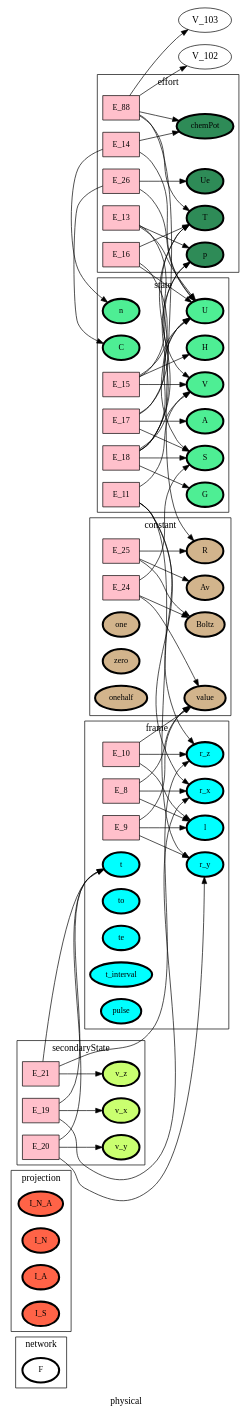
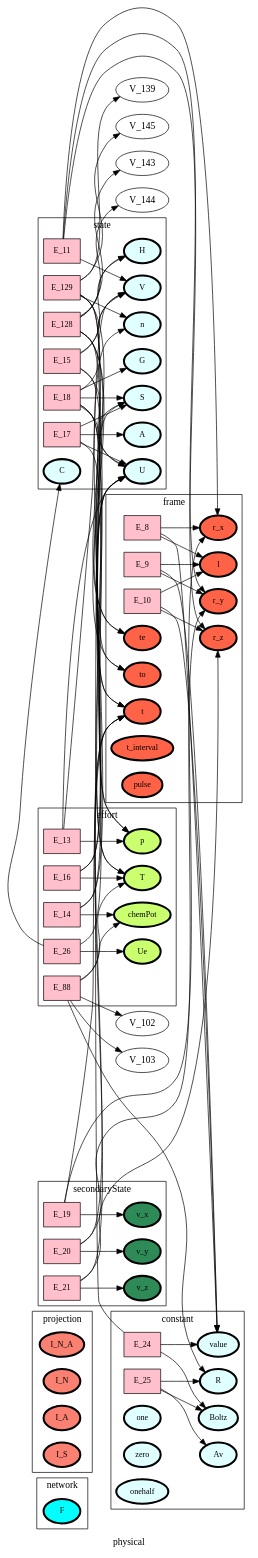
The diagram in ontology_graphs/graph__physical.dot (heinz-preisig/sandbox21), drawn with Graphviz before and after one commit. The commit also changed 192 other files, not shown here.

```diff
--- a/ontology_graphs/graph__physical.dot
+++ b/ontology_graphs/graph__physical.dot
@@ -1,161 +1,180 @@
 digraph physical {
 label=physical;
 rankdir=LR;
 subgraph cluster_physical___network {
 label=network;
 rankdir=LR;
-V_10 [fillcolor=white, fontsize=12, label=F, penwidth=3, style=filled];
+V_10 [fillcolor=cyan, fontsize=12, label=F, penwidth=3, style=filled];
 }
 
 subgraph cluster_physical___projection {
 label=projection;
 rankdir=LR;
-V_48 [fillcolor=tomato, fontsize=12, label=I_N_A, penwidth=3, style=filled];
-V_96 [fillcolor=tomato, fontsize=12, label=I_N, penwidth=3, style=filled];
-V_97 [fillcolor=tomato, fontsize=12, label=I_A, penwidth=3, style=filled];
-V_98 [fillcolor=tomato, fontsize=12, label=I_S, penwidth=3, style=filled];
+V_48 [fillcolor=salmon, fontsize=12, label=I_N_A, penwidth=3, style=filled];
+V_96 [fillcolor=salmon, fontsize=12, label=I_N, penwidth=3, style=filled];
+V_97 [fillcolor=salmon, fontsize=12, label=I_A, penwidth=3, style=filled];
+V_98 [fillcolor=salmon, fontsize=12, label=I_S, penwidth=3, style=filled];
 }
 
 subgraph cluster_physical___differenceOperator {
 label=differenceOperator;
 rankdir=LR;
 }
 
 E_8 -> V_1  [splines=ortho];
 E_8 -> V_11  [splines=ortho];
 E_9 -> V_1  [splines=ortho];
 E_9 -> V_11  [splines=ortho];
 E_10 -> V_1  [splines=ortho];
 E_10 -> V_11  [splines=ortho];
 subgraph cluster_physical___frame {
 label=frame;
 rankdir=LR;
-V_11 [fillcolor=cyan, fontsize=12, label=l, penwidth=3, style=filled];
-V_12 [fillcolor=cyan, fontsize=12, label=r_x, penwidth=3, style=filled];
-V_13 [fillcolor=cyan, fontsize=12, label=r_y, penwidth=3, style=filled];
-V_14 [fillcolor=cyan, fontsize=12, label=r_z, penwidth=3, style=filled];
-V_4 [fillcolor=cyan, fontsize=12, label=t, penwidth=3, style=filled];
-V_5 [fillcolor=cyan, fontsize=12, label=to, penwidth=3, style=filled];
-V_6 [fillcolor=cyan, fontsize=12, label=te, penwidth=3, style=filled];
-V_7 [fillcolor=cyan, fontsize=12, label=t_interval, penwidth=3, style=filled];
-V_9 [fillcolor=cyan, fontsize=12, label=pulse, penwidth=3, style=filled];
+V_11 [fillcolor=tomato, fontsize=12, label=l, penwidth=3, style=filled];
+V_12 [fillcolor=tomato, fontsize=12, label=r_x, penwidth=3, style=filled];
+V_13 [fillcolor=tomato, fontsize=12, label=r_y, penwidth=3, style=filled];
+V_14 [fillcolor=tomato, fontsize=12, label=r_z, penwidth=3, style=filled];
+V_4 [fillcolor=tomato, fontsize=12, label=t, penwidth=3, style=filled];
+V_5 [fillcolor=tomato, fontsize=12, label=to, penwidth=3, style=filled];
+V_6 [fillcolor=tomato, fontsize=12, label=te, penwidth=3, style=filled];
+V_7 [fillcolor=tomato, fontsize=12, label=t_interval, penwidth=3, style=filled];
+V_9 [fillcolor=tomato, fontsize=12, label=pulse, penwidth=3, style=filled];
 E_8 [fillcolor=pink, fontsize=12, shape=box, style=filled];
 E_8 -> V_12  [splines=ortho];
 E_9 [fillcolor=pink, fontsize=12, shape=box, style=filled];
 E_9 -> V_13  [splines=ortho];
 E_10 [fillcolor=pink, fontsize=12, shape=box, style=filled];
 E_10 -> V_14  [splines=ortho];
 }
 
 E_11 -> V_12  [splines=ortho];
 E_11 -> V_13  [splines=ortho];
 E_11 -> V_14  [splines=ortho];
+E_129 -> V_139  [splines=ortho];
+E_129 -> V_145  [splines=ortho];
+E_129 -> V_4  [splines=ortho];
+E_129 -> V_5  [splines=ortho];
+E_129 -> V_6  [splines=ortho];
 E_15 -> V_15  [splines=ortho];
 E_15 -> V_16  [splines=ortho];
 E_15 -> V_20  [splines=ortho];
+E_128 -> V_143  [splines=ortho];
+E_128 -> V_144  [splines=ortho];
+E_128 -> V_4  [splines=ortho];
+E_128 -> V_5  [splines=ortho];
+E_128 -> V_6  [splines=ortho];
 E_17 -> V_16  [splines=ortho];
 E_17 -> V_17  [splines=ortho];
 E_17 -> V_19  [splines=ortho];
 E_18 -> V_15  [splines=ortho];
 E_18 -> V_16  [splines=ortho];
 E_18 -> V_17  [splines=ortho];
 E_18 -> V_19  [splines=ortho];
 E_18 -> V_20  [splines=ortho];
 subgraph cluster_physical___state {
 label=state;
 rankdir=LR;
-V_15 [fillcolor=seagreen2, fontsize=12, label=V, penwidth=3, style=filled];
-V_16 [fillcolor=seagreen2, fontsize=12, label=U, penwidth=3, style=filled];
-V_17 [fillcolor=seagreen2, fontsize=12, label=S, penwidth=3, style=filled];
-V_18 [fillcolor=seagreen2, fontsize=12, label=n, penwidth=3, style=filled];
-V_22 [fillcolor=seagreen2, fontsize=12, label=H, penwidth=3, style=filled];
-V_23 [fillcolor=seagreen2, fontsize=12, label=A, penwidth=3, style=filled];
-V_24 [fillcolor=seagreen2, fontsize=12, label=G, penwidth=3, style=filled];
-V_25 [fillcolor=seagreen2, fontsize=12, label=C, penwidth=3, style=filled];
+V_15 [fillcolor=lightcyan1, fontsize=12, label=V, penwidth=3, style=filled];
+V_16 [fillcolor=lightcyan1, fontsize=12, label=U, penwidth=3, style=filled];
+V_17 [fillcolor=lightcyan1, fontsize=12, label=S, penwidth=3, style=filled];
+V_18 [fillcolor=lightcyan1, fontsize=12, label=n, penwidth=3, style=filled];
+V_22 [fillcolor=lightcyan1, fontsize=12, label=H, penwidth=3, style=filled];
+V_23 [fillcolor=lightcyan1, fontsize=12, label=A, penwidth=3, style=filled];
+V_24 [fillcolor=lightcyan1, fontsize=12, label=G, penwidth=3, style=filled];
+V_25 [fillcolor=lightcyan1, fontsize=12, label=C, penwidth=3, style=filled];
 E_11 [fillcolor=pink, fontsize=12, shape=box, style=filled];
 E_11 -> V_15  [splines=ortho];
+E_129 [fillcolor=pink, fontsize=12, shape=box, style=filled];
+E_129 -> V_18  [splines=ortho];
 E_15 [fillcolor=pink, fontsize=12, shape=box, style=filled];
 E_15 -> V_22  [splines=ortho];
+E_128 [fillcolor=pink, fontsize=12, shape=box, style=filled];
+E_128 -> V_22  [splines=ortho];
 E_17 [fillcolor=pink, fontsize=12, shape=box, style=filled];
 E_17 -> V_23  [splines=ortho];
 E_18 [fillcolor=pink, fontsize=12, shape=box, style=filled];
 E_18 -> V_24  [splines=ortho];
 }
 
 E_24 -> V_1  [splines=ortho];
 E_24 -> V_17  [splines=ortho];
 E_25 -> V_32  [splines=ortho];
 E_25 -> V_33  [splines=ortho];
 subgraph cluster_physical___constant {
 label=constant;
 rankdir=LR;
-V_1 [fillcolor=tan, fontsize=12, label=value, penwidth=3, style=filled];
-V_2 [fillcolor=tan, fontsize=12, label=one, penwidth=3, style=filled];
-V_3 [fillcolor=tan, fontsize=12, label=zero, penwidth=3, style=filled];
-V_32 [fillcolor=tan, fontsize=12, label=Av, penwidth=3, style=filled];
-V_33 [fillcolor=tan, fontsize=12, label=Boltz, penwidth=3, style=filled];
-V_34 [fillcolor=tan, fontsize=12, label=R, penwidth=3, style=filled];
-V_8 [fillcolor=tan, fontsize=12, label=onehalf, penwidth=3, style=filled];
+V_1 [fillcolor=lightcyan, fontsize=12, label=value, penwidth=3, style=filled];
+V_2 [fillcolor=lightcyan, fontsize=12, label=one, penwidth=3, style=filled];
+V_3 [fillcolor=lightcyan, fontsize=12, label=zero, penwidth=3, style=filled];
+V_32 [fillcolor=lightcyan, fontsize=12, label=Av, penwidth=3, style=filled];
+V_33 [fillcolor=lightcyan, fontsize=12, label=Boltz, penwidth=3, style=filled];
+V_34 [fillcolor=lightcyan, fontsize=12, label=R, penwidth=3, style=filled];
+V_8 [fillcolor=lightcyan, fontsize=12, label=onehalf, penwidth=3, style=filled];
 E_24 [fillcolor=pink, fontsize=12, shape=box, style=filled];
 E_24 -> V_33  [splines=ortho];
 E_25 [fillcolor=pink, fontsize=12, shape=box, style=filled];
 E_25 -> V_34  [splines=ortho];
 }
 
 E_16 -> V_16  [splines=ortho];
 E_16 -> V_17  [splines=ortho];
 E_13 -> V_15  [splines=ortho];
 E_13 -> V_16  [splines=ortho];
 E_14 -> V_16  [splines=ortho];
 E_14 -> V_18  [splines=ortho];
 E_88 -> V_102  [splines=ortho];
 E_88 -> V_103  [splines=ortho];
 E_88 -> V_19  [splines=ortho];
 E_88 -> V_34  [splines=ortho];
 E_26 -> V_16  [splines=ortho];
 E_26 -> V_25  [splines=ortho];
 subgraph cluster_physical___effort {
 label=effort;
 rankdir=LR;
-V_19 [fillcolor=seagreen4, fontsize=12, label=T, penwidth=3, style=filled];
-V_20 [fillcolor=seagreen4, fontsize=12, label=p, penwidth=3, style=filled];
-V_21 [fillcolor=seagreen4, fontsize=12, label=chemPot, penwidth=3, style=filled];
-V_35 [fillcolor=seagreen4, fontsize=12, label=Ue, penwidth=3, style=filled];
+V_19 [fillcolor=darkolivegreen1, fontsize=12, label=T, penwidth=3, style=filled];
+V_20 [fillcolor=darkolivegreen1, fontsize=12, label=p, penwidth=3, style=filled];
+V_21 [fillcolor=darkolivegreen1, fontsize=12, label=chemPot, penwidth=3, style=filled];
+V_35 [fillcolor=darkolivegreen1, fontsize=12, label=Ue, penwidth=3, style=filled];
 E_16 [fillcolor=pink, fontsize=12, shape=box, style=filled];
 E_16 -> V_19  [splines=ortho];
 E_13 [fillcolor=pink, fontsize=12, shape=box, style=filled];
 E_13 -> V_20  [splines=ortho];
 E_14 [fillcolor=pink, fontsize=12, shape=box, style=filled];
 E_14 -> V_21  [splines=ortho];
 E_88 [fillcolor=pink, fontsize=12, shape=box, style=filled];
 E_88 -> V_21  [splines=ortho];
 E_26 [fillcolor=pink, fontsize=12, shape=box, style=filled];
 E_26 -> V_35  [splines=ortho];
 }
 
 E_19 -> V_12  [splines=ortho];
 E_19 -> V_4  [splines=ortho];
 E_20 -> V_13  [splines=ortho];
 E_20 -> V_4  [splines=ortho];
 E_21 -> V_14  [splines=ortho];
 E_21 -> V_4  [splines=ortho];
 subgraph cluster_physical___secondaryState {
 label=secondaryState;
 rankdir=LR;
-V_27 [fillcolor=darkolivegreen1, fontsize=12, label=v_x, penwidth=3, style=filled];
-V_28 [fillcolor=darkolivegreen1, fontsize=12, label=v_y, penwidth=3, style=filled];
-V_29 [fillcolor=darkolivegreen1, fontsize=12, label=v_z, penwidth=3, style=filled];
+V_27 [fillcolor=seagreen, fontsize=12, label=v_x, penwidth=3, style=filled];
+V_28 [fillcolor=seagreen, fontsize=12, label=v_y, penwidth=3, style=filled];
+V_29 [fillcolor=seagreen, fontsize=12, label=v_z, penwidth=3, style=filled];
 E_19 [fillcolor=pink, fontsize=12, shape=box, style=filled];
 E_19 -> V_27  [splines=ortho];
 E_20 [fillcolor=pink, fontsize=12, shape=box, style=filled];
 E_20 -> V_28  [splines=ortho];
 E_21 [fillcolor=pink, fontsize=12, shape=box, style=filled];
 E_21 -> V_29  [splines=ortho];
 }
 
 subgraph cluster_physical___diffState {
 label=diffState;
 rankdir=LR;
 }
 
+subgraph cluster_physical___conversion {
+label=conversion;
+rankdir=LR;
 }
+
+}
```
